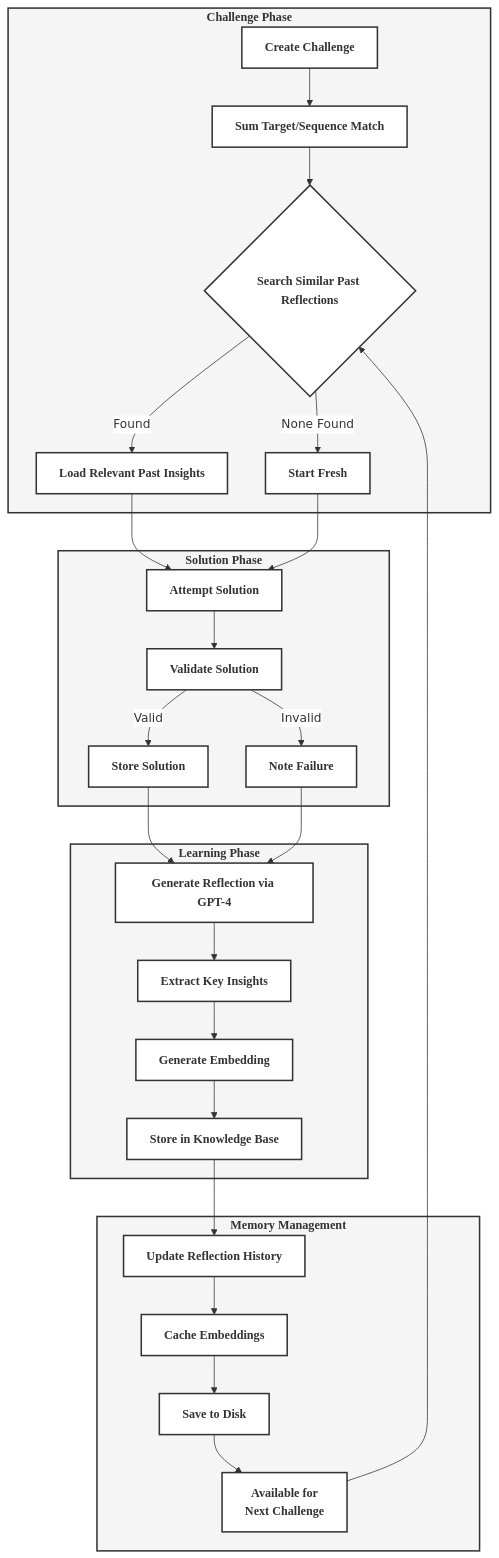
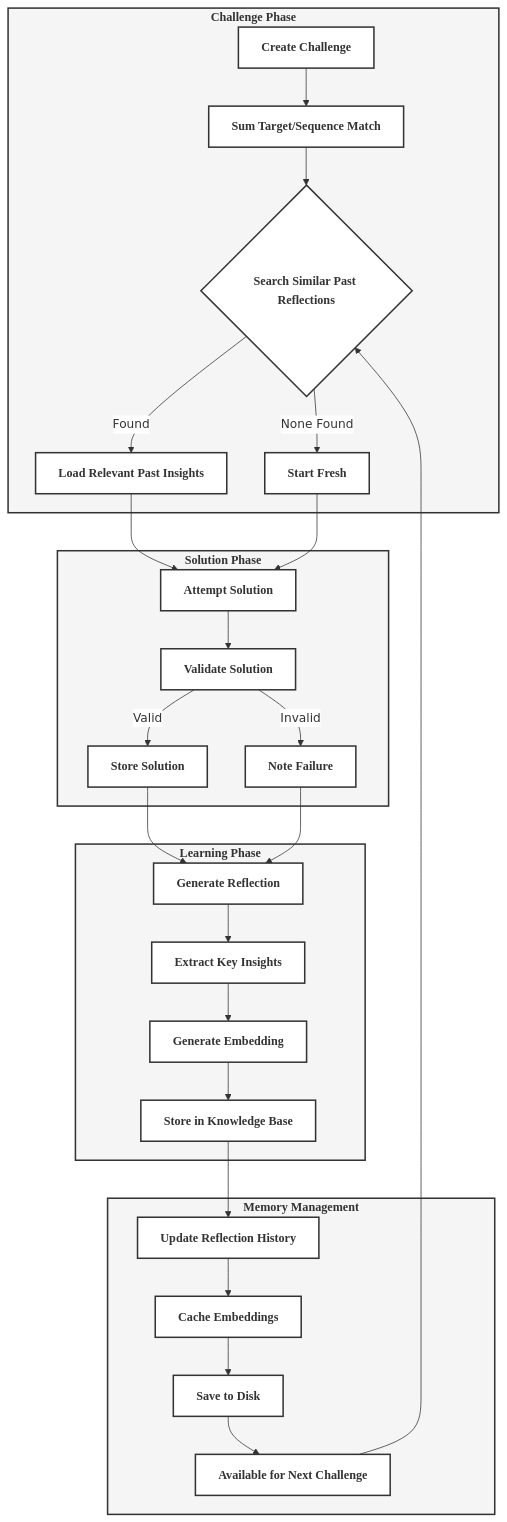
Before and after one commit to EveryOneIsGross/scratchTHOUGHTS: the first of 18 diagrams in README.md, drawn with Mermaid.

````diff
--- a/README.md
+++ b/README.md
@@ -27,60 +27,60 @@
 ```mermaid
 
 %%{init: {
   'theme': 'base',
   'themeVariables': {
     'fontFamily': 'Comic Sans MS',
     'primaryColor': '#333333',
     'primaryTextColor': '#333333',
     'primaryBorderColor': '#333333',
     'lineColor': '#333333',
     'secondaryColor': '#ffffff',
     'tertiaryColor': '#ffffff'
   },
   'flowchart': {
     'curve': 'basis',
     'nodeSpacing': 50,
     'rankSpacing': 50
   }
 } }%%
 
 flowchart TD
     classDef default fill:#fff,stroke:#333,stroke-width:2px,color:#333,font-family:'Comic Sans MS',font-weight:bold
     classDef box fill:#f5f5f5,stroke:#333,stroke-width:2px,color:#333,font-family:'Comic Sans MS',font-weight:bold
 
     subgraph Challenge["Challenge Phase"]
         A[Create Challenge] --> B[Sum Target/Sequence Match]
         B --> C{Search Similar Past Reflections}
         C -->|Found| D[Load Relevant Past Insights]
         C -->|None Found| E[Start Fresh]
     end
 
     subgraph Solution["Solution Phase"]
         D --> F[Attempt Solution]
         E --> F
         F --> G[Validate Solution]
         G -->|Valid| H[Store Solution]
         G -->|Invalid| I[Note Failure]
     end
 
     subgraph Learning["Learning Phase"]
-        H --> J[Generate Reflection via GPT-4]
+        H --> J[Generate Reflection]
         I --> J
         J --> K[Extract Key Insights]
         K --> L[Generate Embedding]
         L --> M[Store in Knowledge Base]
     end
 
     subgraph Memory["Memory Management"]
         M --> N[Update Reflection History]
         N --> O[Cache Embeddings]
         O --> P[Save to Disk]
-        P --> Q[Available for\nNext Challenge]
+        P --> Q[Available for Next Challenge]
     end
 
     Q --> C
 
     class Challenge,Solution,Learning,Memory box
 
 
 ```
````
